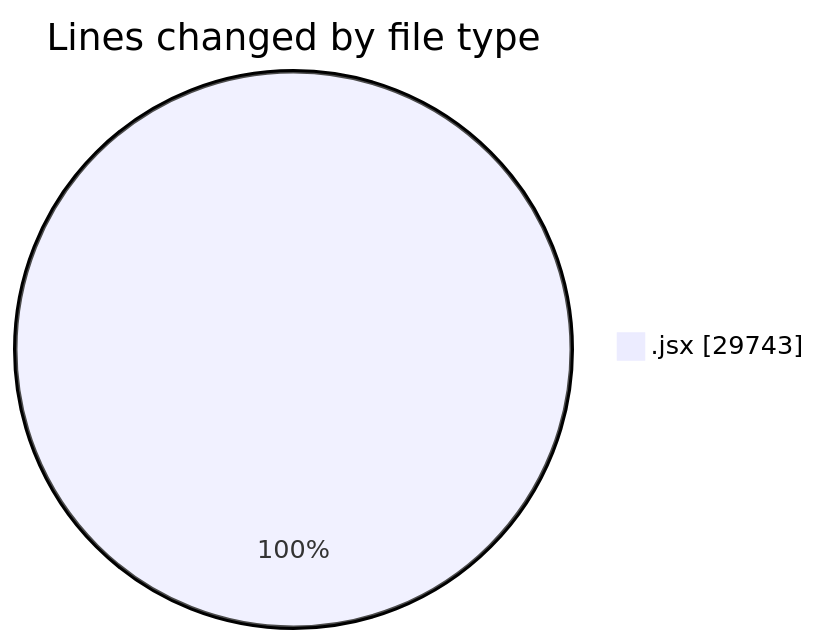
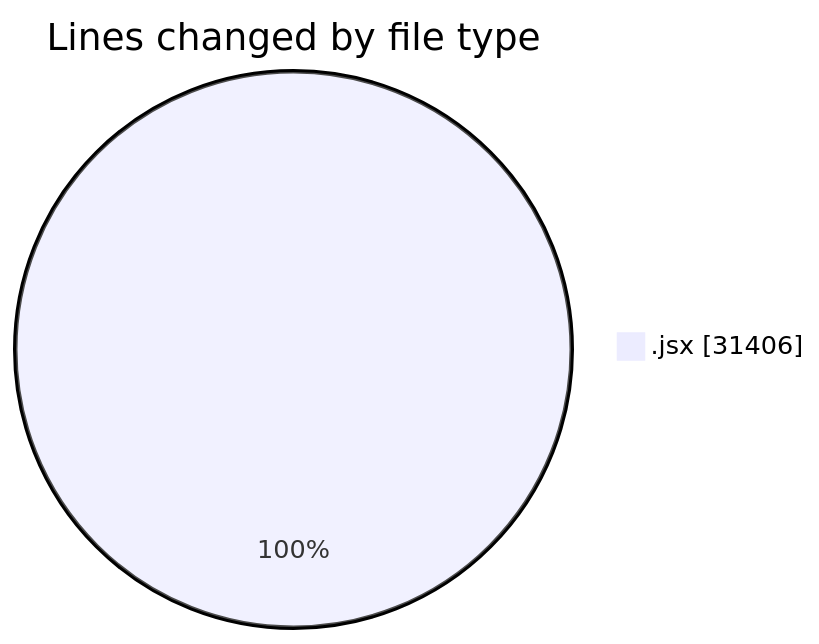
One commit to nxtqubesakshisongat/code-tracking changed the first of 2 diagrams in 2025-09-29/nxtqube_webapp/README.md. Above: the diagram before and after it, drawn with Mermaid. The commit also changed other lines of this file and 1 other file, not shown here.

````diff
--- a/2025-09-29/nxtqube_webapp/README.md
+++ b/2025-09-29/nxtqube_webapp/README.md
@@ -20,5 +20,5 @@
 ```mermaid
 pie showData
 title Lines changed by file type
-".jsx" : 29743
+".jsx" : 31406
 ```
````
